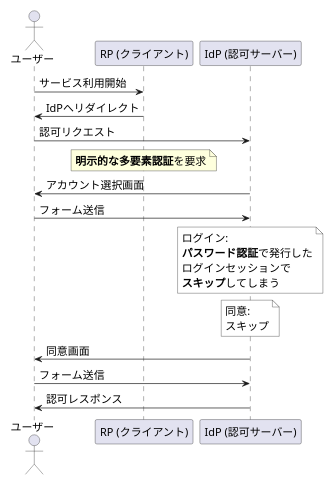
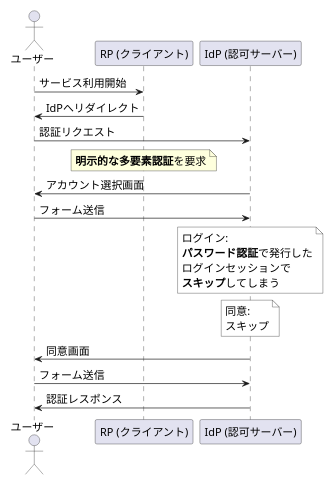
One commit to iwasa-kosui/slides-next changed the fourth of 4 diagrams in packages/2025-06-15-fp-matsuri/slides.md. Above: the diagram before and after it, drawn with PlantUML. The commit also changed other lines of this file and 3 other files, not shown here.

````diff
--- a/packages/2025-06-15-fp-matsuri/slides.md
+++ b/packages/2025-06-15-fp-matsuri/slides.md
@@ -230,32 +444,32 @@
 ```plantuml
 @startuml
 scale max 320 width
 <style>
 element {
   FontSize: 16;
 }
 </style>
 
 actor ユーザー as User
 participant "RP (クライアント)" as RP
 participant "IdP (認可サーバー)" as IdP
 
 User -> RP: サービス利用開始
 RP -> User: IdPへリダイレクト
 
-User -> IdP: 認可リクエスト
+User -> IdP: 認証リクエスト
 note over RP
   **明示的な多要素認証**を要求
 end note
 
 IdP -> User: アカウント選択画面
 User -> IdP: フォーム送信
 note over IdP #fff : ログイン:\n**パスワード認証**で発行した\nログインセッションで\n**スキップ**してしまう
 note over IdP #fff : 同意:\nスキップ
 
 IdP -> User: 同意画面
 User -> IdP: フォーム送信
 
-IdP -> User: 認可レスポンス
+IdP -> User: 認証レスポンス
 @enduml
 ```
````
